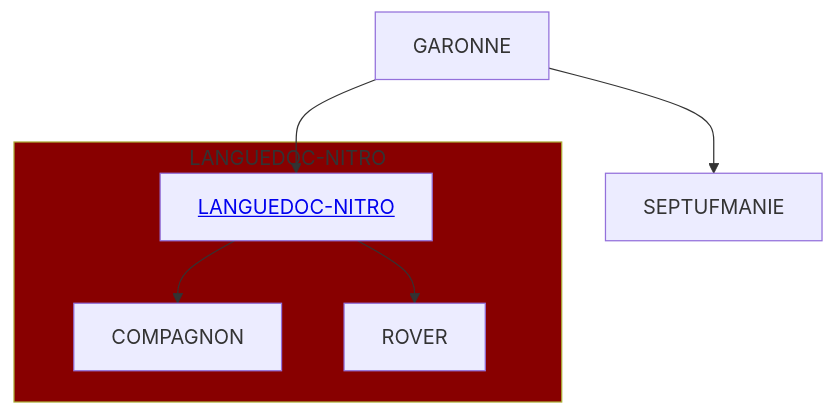
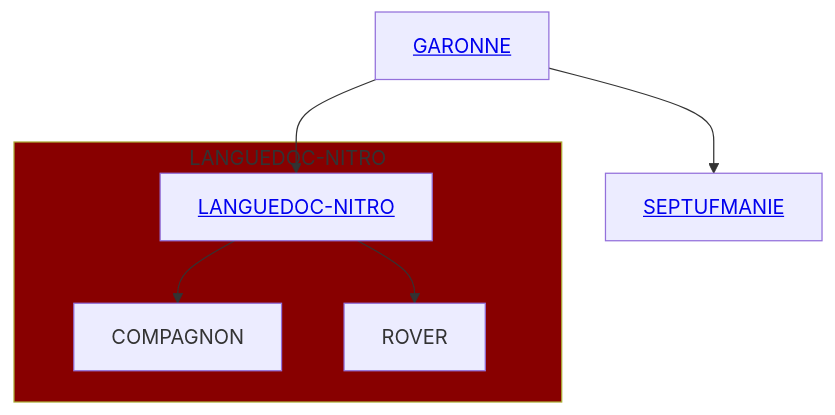
The diagram in README.md (Septimania/septimania), drawn with Mermaid before and after one commit.

````diff
--- a/README.md
+++ b/README.md
@@ -154,11 +154,11 @@
 ```mermaid
   graph TD
-      A[GARONNE] --> B["<a href="https://languedocnitro.wixsite.com/languedoc-nitro"> LANGUEDOC-NITRO </a>"]
+      A["<a href="https://synologygaronne.wixsite.com/synologygaronne">GARONNE</a>"] --> B["<a href="https://languedocnitro.wixsite.com/languedoc-nitro">LANGUEDOC-NITRO</a>"]
       subgraph NITRO [LANGUEDOC-NITRO]
       B --> C[COMPAGNON]
       B --> D[ROVER]
       end
-      A --> E[SEPTUFMANIE]
+      A --> E["<a href="https://septufmanie.wixsite.com/septufmanie">SEPTUFMANIE</a>"]
 
       style NITRO fill:#800
 ```
````
